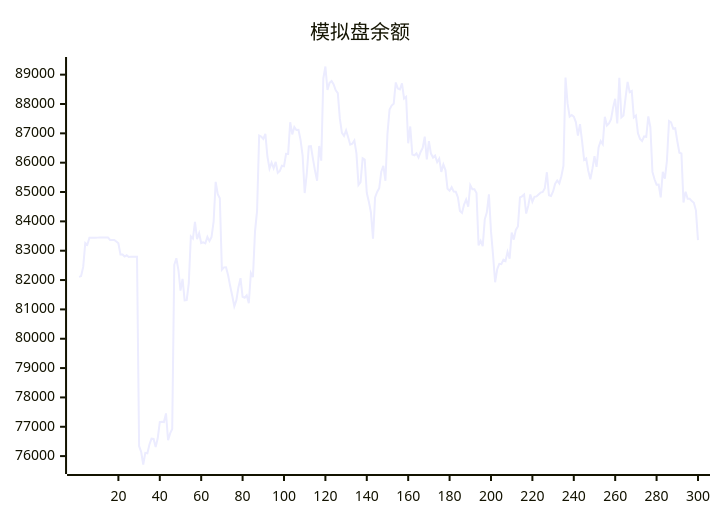
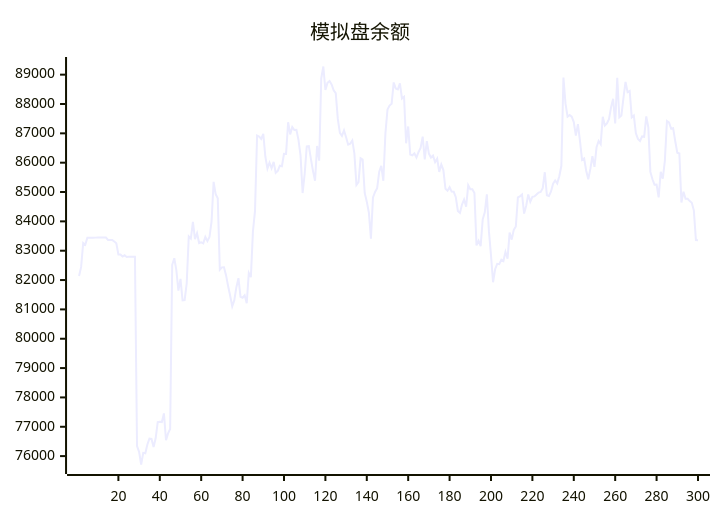
One commit to aahl/ai-trading changed the diagram in README.md. Above: the diagram before and after it, drawn with Mermaid. The commit also changed other lines of this file and 1 other file, not shown here.

````diff
--- a/README.md
+++ b/README.md
@@ -5,5 +5,5 @@
 ```mermaid
 xychart
     title "模拟盘余额"
-    line [82110,82135,82449,83264,83203,83440,83439,83440,83440,83446,83447,83448,83447,83448,83449,83369,83369,83369,83313,83256,82872,82873,82801,82844,82785,82791,82791,82793,82794,76339,76145,75714,76110,76096,76397,76594,76585,76310,76607,77160,77170,77160,77456,76541,76774,76927,82520,82744,82337,81639,82040,81307,81314,81887,83490,83414,83984,83396,83594,83261,83287,83253,83470,83327,83465,83987,85348,84930,84786,82355,82433,82438,82167,81795,81466,81105,81315,81756,82064,81426,81398,81481,81210,82242,82099,83658,84359,86925,86892,86814,86980,86203,85802,86003,85811,86028,85657,85721,85896,85880,86300,86299,87378,86965,87214,87115,87118,86780,86238,84966,85623,86555,86562,86129,85722,85387,86569,86070,88870,89278,88477,88720,88781,88668,88467,88372,87493,87018,86917,87102,86870,86613,86644,86758,86317,85242,85334,86149,86106,84968,84671,84302,83410,84816,85001,85127,85693,85891,85384,87001,87811,87945,88007,88734,88528,88495,88705,88189,88248,86662,87234,86279,86251,86314,86177,86364,86503,86886,86114,86731,86310,86176,86240,86017,86136,85685,85938,85749,85111,85044,85164,85016,85008,84824,84354,84287,84572,84745,84500,85234,85096,85095,84970,83180,83338,83157,84070,84309,84922,83667,82850,81924,82369,82552,82539,82695,82648,82962,82728,83619,83378,83710,83825,84819,84854,84917,84265,84527,84919,84668,84834,84850,84916,84981,85004,85131,85674,84891,84864,85019,85284,85393,85294,85538,85894,88904,88012,87567,87625,87568,87386,86920,87313,86737,86094,86143,85725,85437,85787,86219,85859,86526,86740,86630,87563,87264,87335,87483,87886,88180,87335,88894,87544,87608,88207,88755,88401,88444,87543,87608,87000,86810,86740,86894,86884,87576,87209,85686,85435,85251,85255,84820,85689,85453,86066,87420,87373,87161,87178,86740,86341,86315,84643,85012,84772,84768,84690,84635,84376,83360]
+    line [82135,82449,83264,83203,83440,83439,83440,83440,83446,83447,83448,83447,83448,83449,83369,83369,83369,83313,83256,82872,82873,82801,82844,82785,82791,82791,82793,82794,76339,76145,75714,76110,76096,76397,76594,76585,76310,76607,77160,77170,77160,77456,76541,76774,76927,82520,82744,82337,81639,82040,81307,81314,81887,83490,83414,83984,83396,83594,83261,83287,83253,83470,83327,83465,83987,85348,84930,84786,82355,82433,82438,82167,81795,81466,81105,81315,81756,82064,81426,81398,81481,81210,82242,82099,83658,84359,86925,86892,86814,86980,86203,85802,86003,85811,86028,85657,85721,85896,85880,86300,86299,87378,86965,87214,87115,87118,86780,86238,84966,85623,86555,86562,86129,85722,85387,86569,86070,88870,89278,88477,88720,88781,88668,88467,88372,87493,87018,86917,87102,86870,86613,86644,86758,86317,85242,85334,86149,86106,84968,84671,84302,83410,84816,85001,85127,85693,85891,85384,87001,87811,87945,88007,88734,88528,88495,88705,88189,88248,86662,87234,86279,86251,86314,86177,86364,86503,86886,86114,86731,86310,86176,86240,86017,86136,85685,85938,85749,85111,85044,85164,85016,85008,84824,84354,84287,84572,84745,84500,85234,85096,85095,84970,83180,83338,83157,84070,84309,84922,83667,82850,81924,82369,82552,82539,82695,82648,82962,82728,83619,83378,83710,83825,84819,84854,84917,84265,84527,84919,84668,84834,84850,84916,84981,85004,85131,85674,84891,84864,85019,85284,85393,85294,85538,85894,88904,88012,87567,87625,87568,87386,86920,87313,86737,86094,86143,85725,85437,85787,86219,85859,86526,86740,86630,87563,87264,87335,87483,87886,88180,87335,88894,87544,87608,88207,88755,88401,88444,87543,87608,87000,86810,86740,86894,86884,87576,87209,85686,85435,85251,85255,84820,85689,85453,86066,87420,87373,87161,87178,86740,86341,86315,84643,85012,84772,84768,84690,84635,84376,83360,83357]
 ```
````
